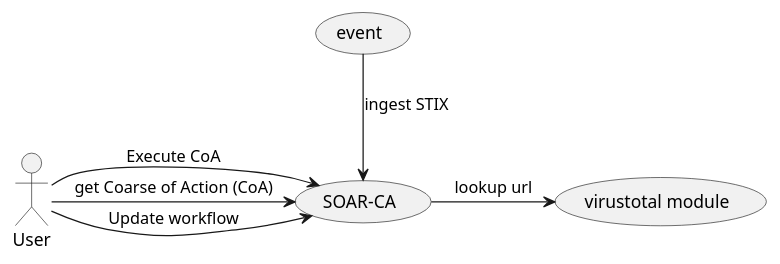
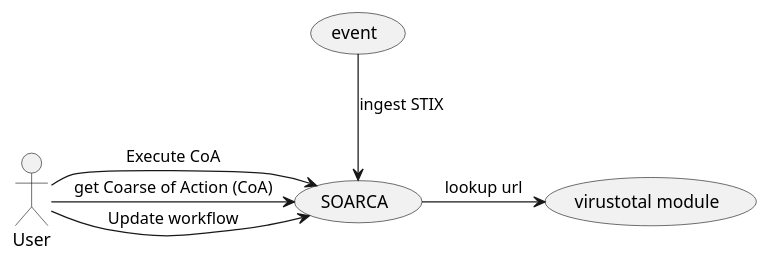
The diagram in doc/soarca.md (COSSAS/SOARCA), drawn with PlantUML before and after one commit. The commit also changed other lines of this file and 8 other files, not shown here.

````diff
--- a/doc/soarca.md
+++ b/doc/soarca.md
@@ -19,13 +19,13 @@
 ```plantuml
 @startuml
 usecase event
-(SOAR-CA) as soar
+(SOARCA) as soar
 
 event --> soar : ingest STIX
 soar -> (virustotal module) : lookup url
 User -> soar : Update workflow
 User -> soar : get Coarse of Action (CoA)
 User -> soar : Execute CoA
 
 @enduml
 ```
````
